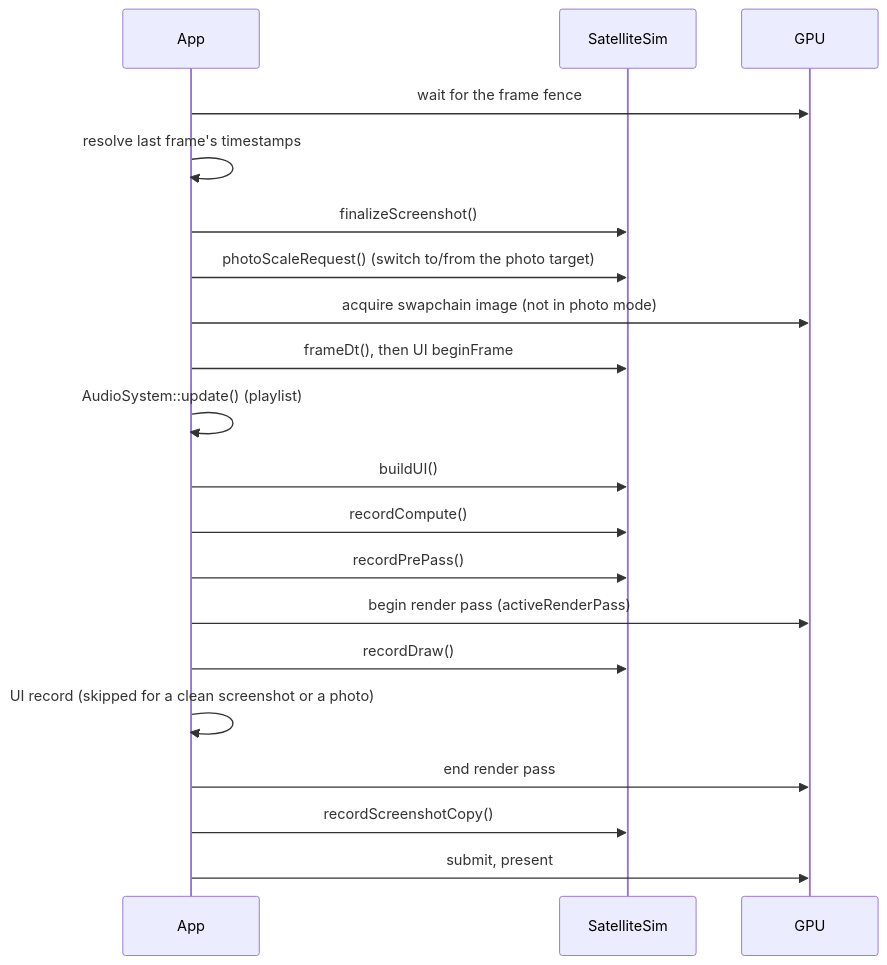
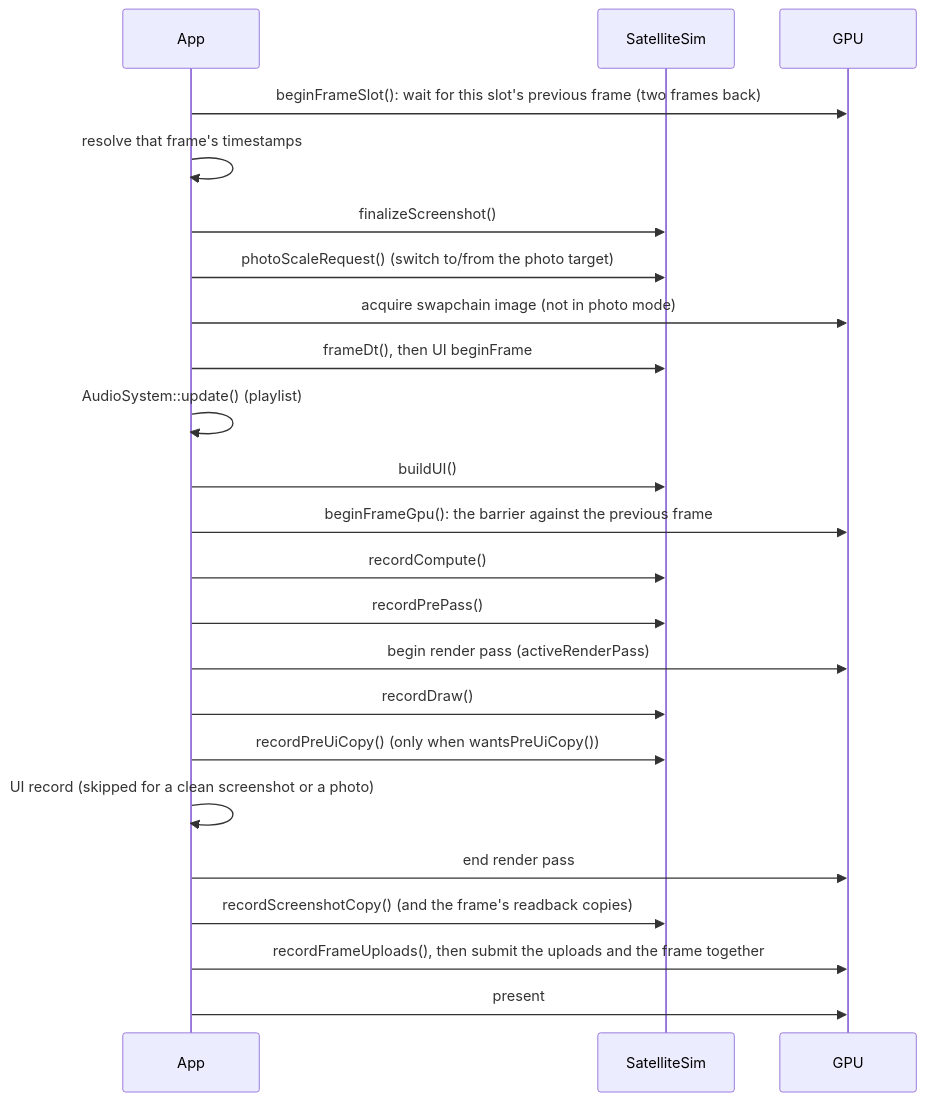
The diagram in wiki/development/architecture.md (largepizza/SAT_LIGHT_SIM), drawn with Mermaid before and after one commit. The commit also changed other lines of this file and 6 other files, not shown here.

````diff
--- a/wiki/development/architecture.md
+++ b/wiki/development/architecture.md
@@ -61,22 +67,25 @@
 ```mermaid
 sequenceDiagram
   participant App
   participant Sim as SatelliteSim
   participant GPU
-  App->>GPU: wait for the frame fence
-  App->>App: resolve last frame's timestamps
+  App->>GPU: beginFrameSlot(): wait for this slot's previous frame (two frames back)
+  App->>App: resolve that frame's timestamps
   App->>Sim: finalizeScreenshot()
   App->>Sim: photoScaleRequest() (switch to/from the photo target)
   App->>GPU: acquire swapchain image (not in photo mode)
   App->>Sim: frameDt(), then UI beginFrame
   App->>App: AudioSystem::update() (playlist)
   App->>Sim: buildUI()
+  App->>GPU: beginFrameGpu(): the barrier against the previous frame
   App->>Sim: recordCompute()
   App->>Sim: recordPrePass()
   App->>GPU: begin render pass (activeRenderPass)
   App->>Sim: recordDraw()
+  App->>Sim: recordPreUiCopy() (only when wantsPreUiCopy())
   App->>App: UI record (skipped for a clean screenshot or a photo)
   App->>GPU: end render pass
-  App->>Sim: recordScreenshotCopy()
-  App->>GPU: submit, present
+  App->>Sim: recordScreenshotCopy() (and the frame's readback copies)
+  App->>GPU: recordFrameUploads(), then submit the uploads and the frame together
+  App->>GPU: present
 ```
````
